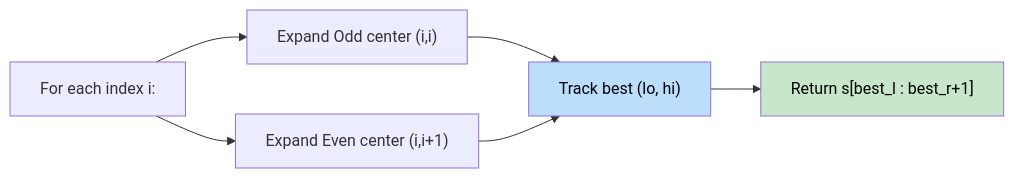
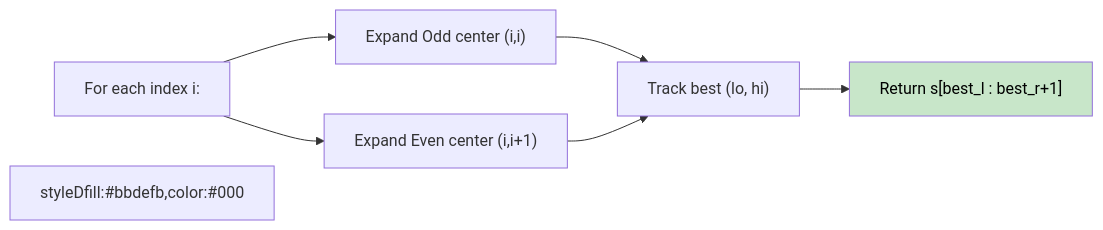
Before and after one commit to vadde/DSA: the diagram in 24 - Palindromic Subsequence (DP)/problem_02_longest_palindromic_substring_walkthrough.md, drawn with Mermaid. The commit also changed 245 other files, not shown here.

First line of the commit message:
fix: Forensic fix of all Mermaid rendering issues across entire DSA repo + add pre-commit validation infrastructure

````diff
--- a/24 - Palindromic Subsequence (DP)/problem_02_longest_palindromic_substring_walkthrough.md
+++ b/24 - Palindromic Subsequence (DP)/problem_02_longest_palindromic_substring_walkthrough.md
@@ -34,15 +34,15 @@
 ```mermaid
 flowchart LR
     A["For each index i:"]
     B["Expand Odd center (i,i)"]
     C["Expand Even center (i,i+1)"]
     D["Track best (lo, hi)"]
     E["Return s[best_l : best_r+1]"]
     
     A --> B --> D
     A --> C --> D
     D --> E
-    
-    style D fill:#bbdefb,color:#000
+
+styleDfill:#bbdefb,color:#000
     style E fill:#c8e6c9,color:#000
 ```
````
